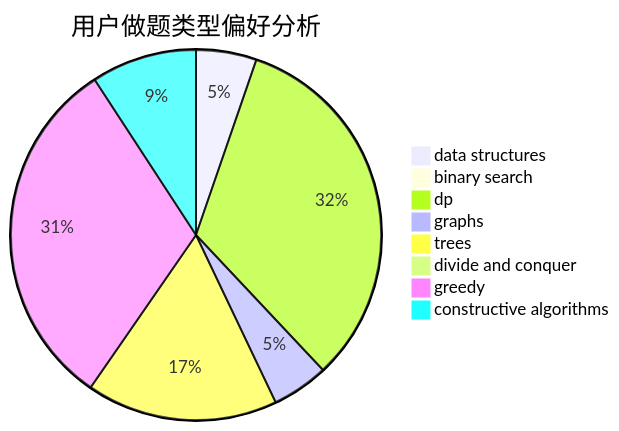
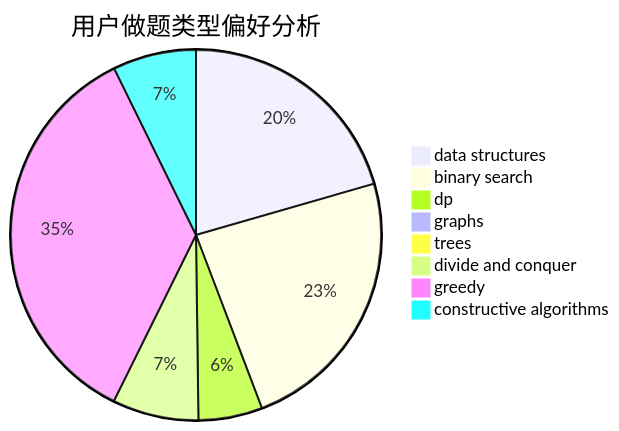
Before and after one commit to sherpahu/cfrs.github.io: the second of 3 diagrams in docs/user/u603.md, drawn with Mermaid. The commit also changed other lines of this file and 2770 other files, not shown here.

````diff
--- a/docs/user/u603.md
+++ b/docs/user/u603.md
@@ -23,11 +23,11 @@
 ```mermaid
 pie title 用户做题类型偏好分析
-    "data structures" :  31
-    "binary search" :  5
-    "dp" :  192
-    "graphs" :  29
-    "trees" :  98
-    "divide and conquer" :  0
-    "greedy" :  183
-    "constructive algorithms" :  54
+    "data structures" :  243
+    "binary search" :  280
+    "dp" :  66
+    "graphs" :  8
+    "trees" :  5
+    "divide and conquer" :  89
+    "greedy" :  419
+    "constructive algorithms" :  86
 ```
````
